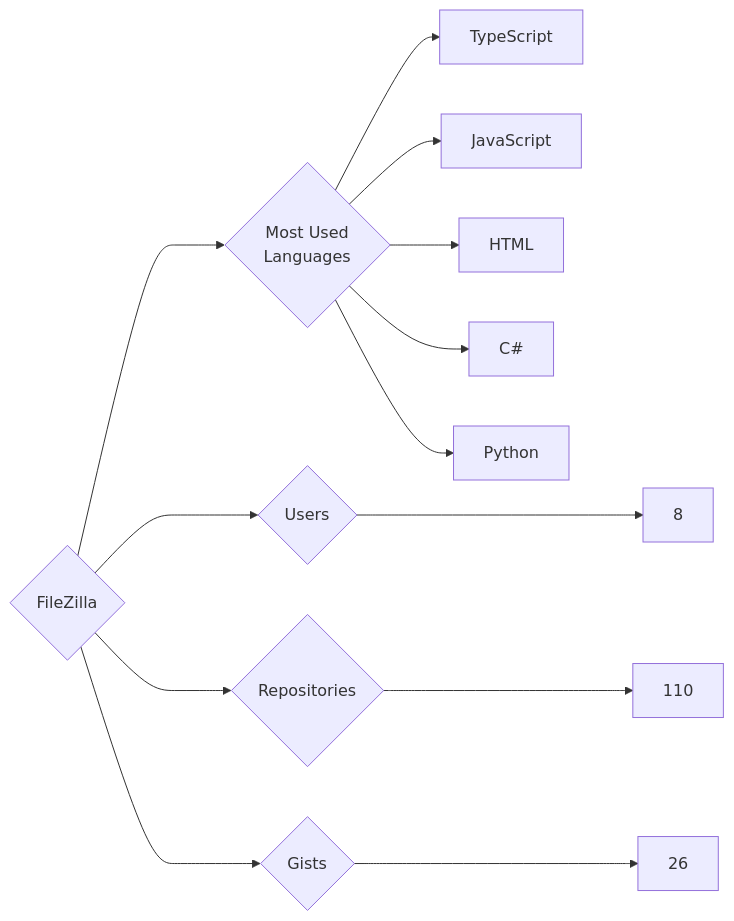
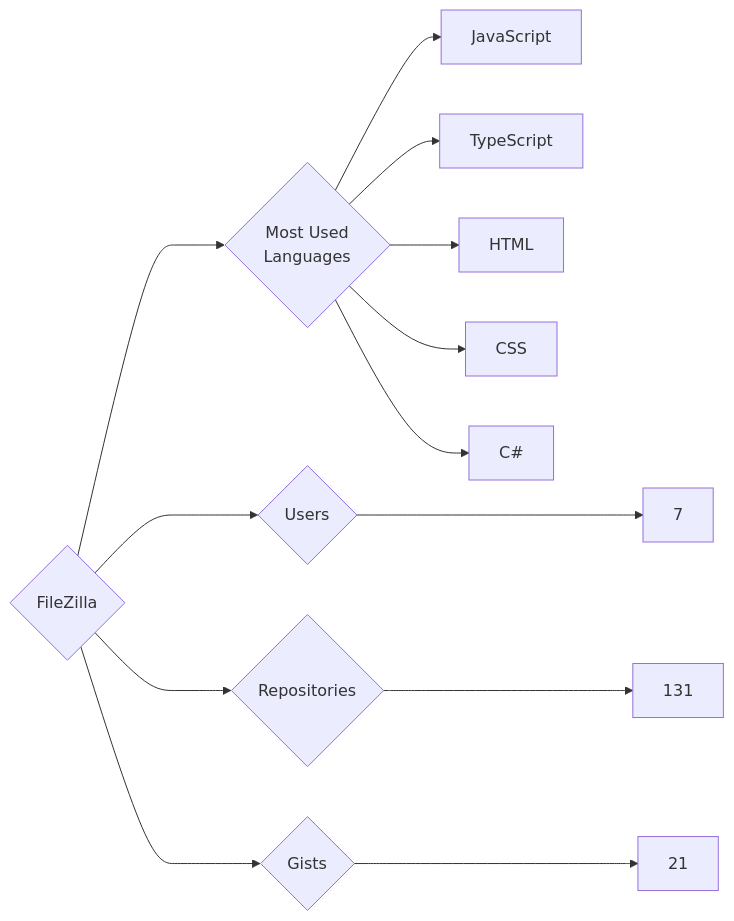
The diagram in targets/FileZilla/README.md (trickest/insiders), drawn with Mermaid before and after one commit. The commit also changed 1141 other files, not shown here.

````diff
--- a/targets/FileZilla/README.md
+++ b/targets/FileZilla/README.md
@@ -3,13 +3,13 @@
 ```mermaid
 graph LR
 COMPANY_NAME{FileZilla}
-COMPANY_NAME ---> U{Users} ---> UN[8]
-COMPANY_NAME ---> R{Repositories} ---> RN[110]
-COMPANY_NAME ---> G{Gists} ---> GN[26]
+COMPANY_NAME ---> U{Users} ---> UN[7]
+COMPANY_NAME ---> R{Repositories} ---> RN[131]
+COMPANY_NAME ---> G{Gists} ---> GN[21]
 COMPANY_NAME ---> ML{Most Used<br>Languages}
+ML --> JavaScript[JavaScript]
 ML --> TypeScript[TypeScript]
-ML --> JavaScript[JavaScript]
 ML --> HTML[HTML]
+ML --> CSS[CSS]
 ML --> C#[C#]
-ML --> Python[Python]
 ```
````
